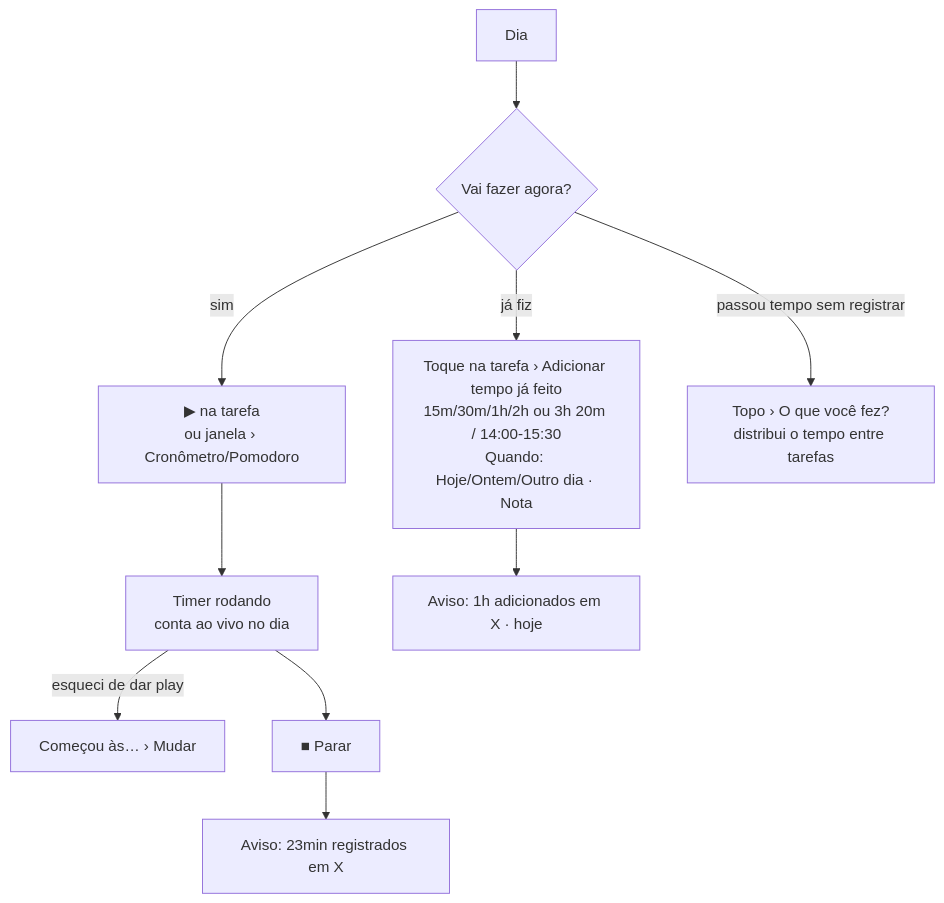
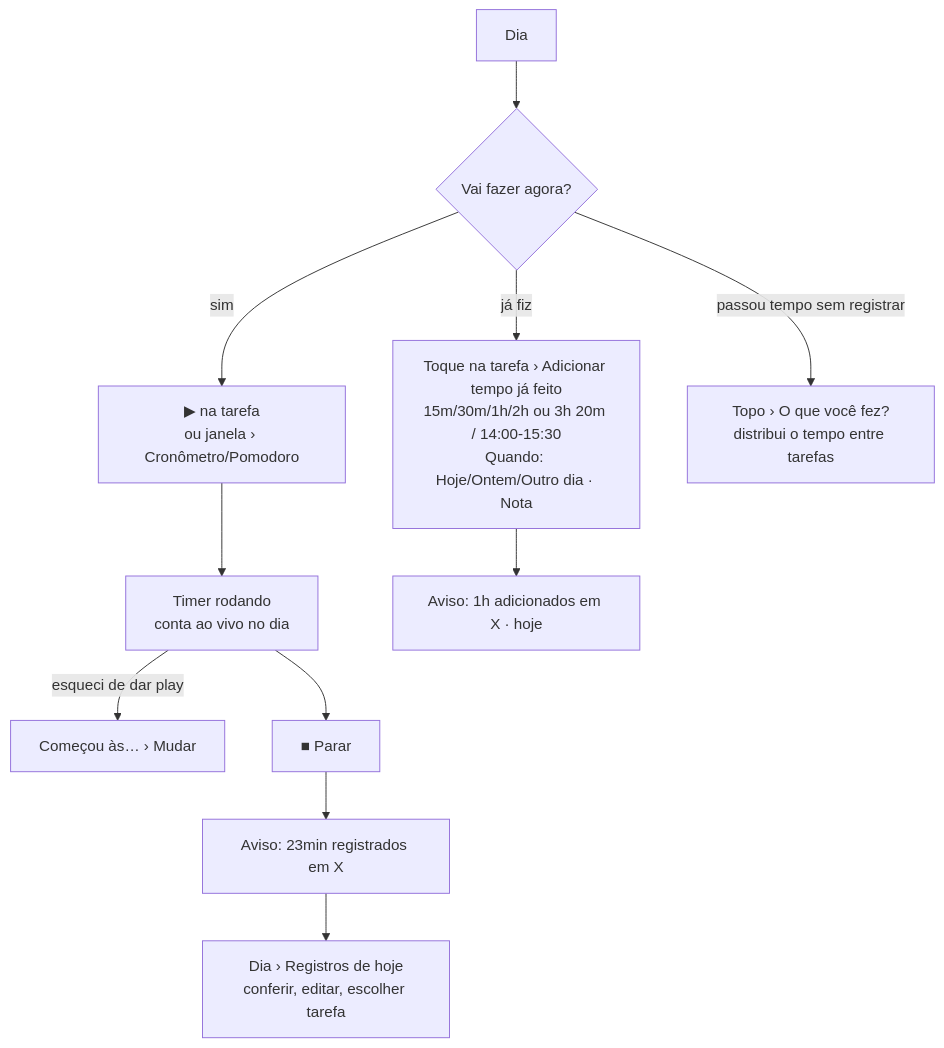
The second of 3 diagrams in docs/03-fluxos.md (lucaslanpdsa/margem), drawn with Mermaid before and after one commit. The commit also changed other lines of this file and 30 other files, not shown here.

````diff
--- a/docs/03-fluxos.md
+++ b/docs/03-fluxos.md
@@ -42,11 +42,12 @@
 ```mermaid
 flowchart TD
   S[Dia] --> P{Vai fazer agora?}
   P -- sim --> Play[▶ na tarefa<br/>ou janela › Cronômetro/Pomodoro]
   Play --> Run[Timer rodando<br/>conta ao vivo no dia]
   Run -- esqueci de dar play --> Adj[Começou às… › Mudar]
   Run --> Stop[■ Parar] --> T1[Aviso: 23min registrados em X]
   P -- já fiz --> Add[Toque na tarefa › Adicionar tempo já feito<br/>15m/30m/1h/2h ou 3h 20m / 14:00-15:30<br/>Quando: Hoje/Ontem/Outro dia · Nota]
   Add --> T2[Aviso: 1h adicionados em X · hoje]
   P -- passou tempo sem registrar --> Gap[Topo › O que você fez?<br/>distribui o tempo entre tarefas]
+  T1 --> Rev[Dia › Registros de hoje<br/>conferir, editar, escolher tarefa]
 ```
````
